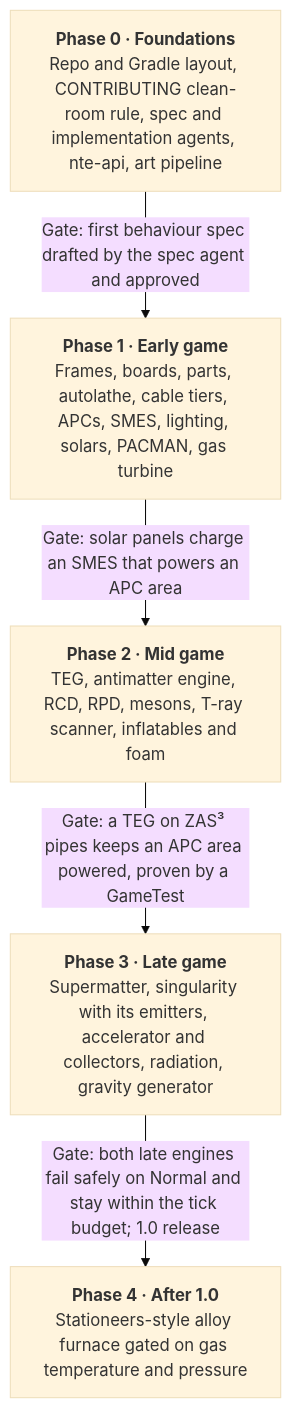
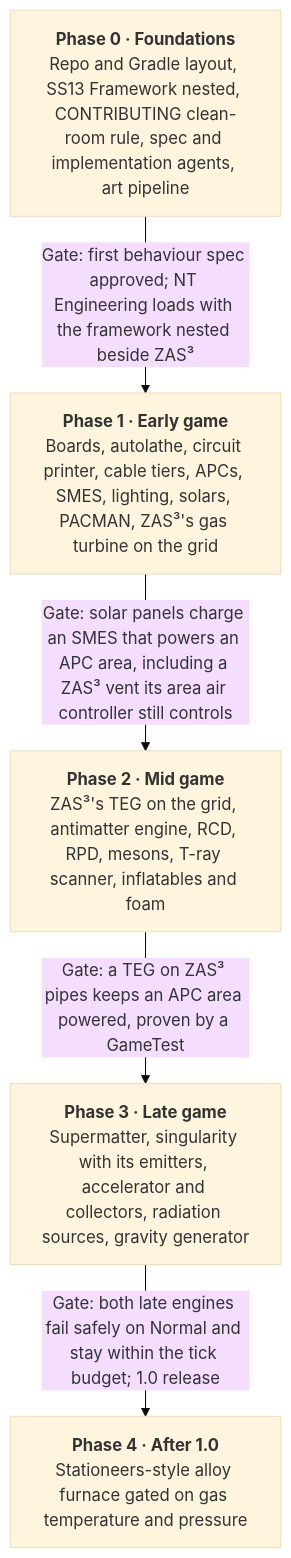
Before and after one commit to west3436/nt-engineering: the second of 2 diagrams in docs/design-proposal.md, drawn with Mermaid (base theme). The commit also changed other lines of this file and 1 other file, not shown here.

First line of the commit message:
Plan NT Engineering on SS13 Framework (#1)

````diff
--- a/docs/design-proposal.md
+++ b/docs/design-proposal.md
@@ -154,12 +181,12 @@
 ```mermaid
 flowchart TD
-  P0["<b>Phase 0 · Foundations</b><br/>Repo and Gradle layout, CONTRIBUTING clean-room rule, spec and implementation agents, nte-api, art pipeline"]
-  P1["<b>Phase 1 · Early game</b><br/>Frames, boards, parts, autolathe, cable tiers, APCs, SMES, lighting, solars, PACMAN, gas turbine"]
-  P2["<b>Phase 2 · Mid game</b><br/>TEG, antimatter engine, RCD, RPD, mesons, T-ray scanner, inflatables and foam"]
-  P3["<b>Phase 3 · Late game</b><br/>Supermatter, singularity with its emitters, accelerator and collectors, radiation, gravity generator"]
+  P0["<b>Phase 0 · Foundations</b><br/>Repo and Gradle layout, SS13 Framework nested, CONTRIBUTING clean-room rule, spec and implementation agents, art pipeline"]
+  P1["<b>Phase 1 · Early game</b><br/>Boards, autolathe, circuit printer, cable tiers, APCs, SMES, lighting, solars, PACMAN, ZAS³'s gas turbine on the grid"]
+  P2["<b>Phase 2 · Mid game</b><br/>ZAS³'s TEG on the grid, antimatter engine, RCD, RPD, mesons, T-ray scanner, inflatables and foam"]
+  P3["<b>Phase 3 · Late game</b><br/>Supermatter, singularity with its emitters, accelerator and collectors, radiation sources, gravity generator"]
   P4["<b>Phase 4 · After 1.0</b><br/>Stationeers-style alloy furnace gated on gas temperature and pressure"]
-  P0 -->|"Gate: first behaviour spec drafted by the spec agent and approved"| P1
-  P1 -->|"Gate: solar panels charge an SMES that powers an APC area"| P2
+  P0 -->|"Gate: first behaviour spec approved; NT Engineering loads with the framework nested beside ZAS³"| P1
+  P1 -->|"Gate: solar panels charge an SMES that powers an APC area, including a ZAS³ vent its area air controller still controls"| P2
   P2 -->|"Gate: a TEG on ZAS³ pipes keeps an APC area powered, proven by a GameTest"| P3
   P3 -->|"Gate: both late engines fail safely on Normal and stay within the tick budget; 1.0 release"| P4
 ```
````
